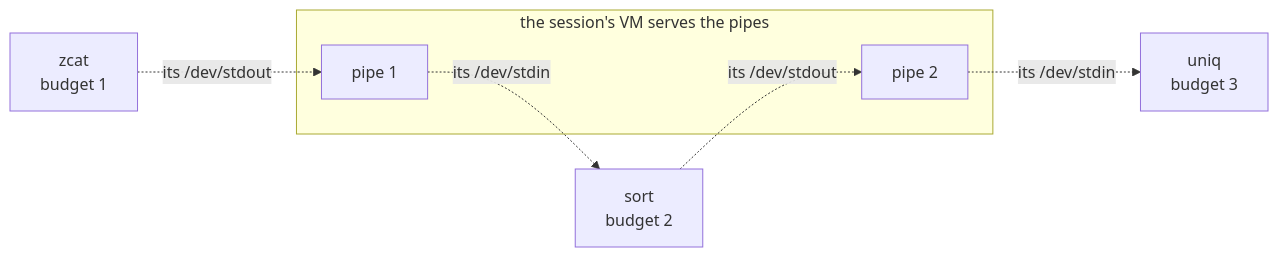
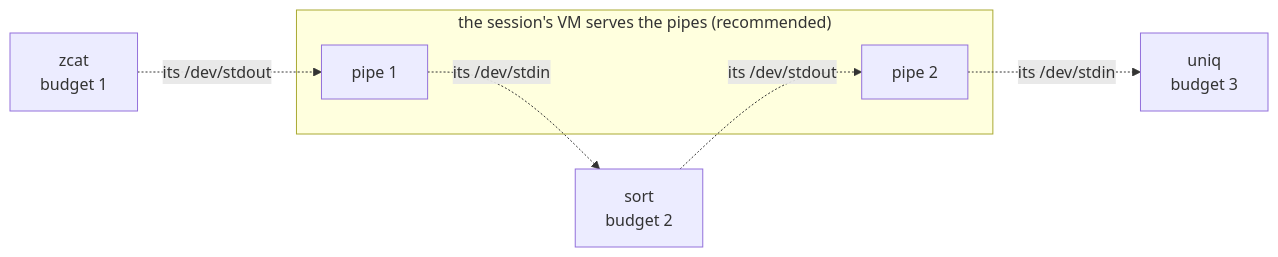
Before and after one commit to sirmick/redoubt: the diagram in docs/userland/native.md, drawn with Mermaid. The commit also changed other lines of this file and 8 other files, not shown here.

First line of the commit message:
DOC1: userland R2 red-team fixes and the Architect's two rulings

````diff
--- a/docs/userland/native.md
+++ b/docs/userland/native.md
@@ -99,11 +116,11 @@
 ```mermaid
 flowchart LR
     Z["zcat<br/>budget 1"] -.->|"its /dev/stdout"| P1["pipe 1"]
     P1 -.->|"its /dev/stdin"| SO["sort<br/>budget 2"]
     SO -.->|"its /dev/stdout"| P2["pipe 2"]
     P2 -.->|"its /dev/stdin"| U["uniq<br/>budget 3"]
-    subgraph VM["the session's VM serves the pipes"]
+    subgraph VM["the session's VM serves the pipes (recommended)"]
         P1
         P2
     end
 ```
````
